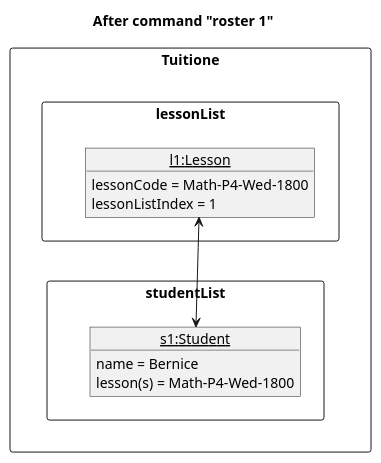
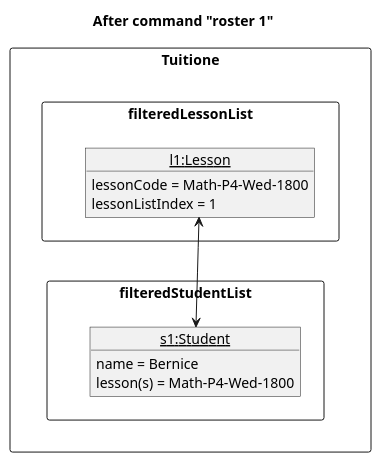
One commit to nus-cs2103-AY2122S1/tp changed the diagram in docs/diagrams/RosterState1.puml. Above: the diagram before and after it, drawn with PlantUML. The commit also changed 3 other files, not shown here.

Commit message:
Update FilterState1 and RosterState1 Diagram

```diff
--- a/docs/diagrams/RosterState1.puml
+++ b/docs/diagrams/RosterState1.puml
@@ -1,27 +1,27 @@
 @startuml
 'https://plantuml.com/object-diagram
 
 title After command "roster 1"
 
 package Tuitione <<rectangle>> {
 
-    package lessonList <<rectangle>> {
+    package filteredLessonList <<rectangle>> {
         object "<u>l1:Lesson" as Lesson1 {
         lessonCode = Math-P4-Wed-1800
         lessonListIndex = 1
         }
     }
 
-    package studentList <<rectangle>> {
+    package filteredStudentList <<rectangle>> {
         object "<u>s1:Student" as Student1 {
         name = Bernice
         lesson(s) = Math-P4-Wed-1800
         }
     }
 }
 
-studentList -[hidden]up-> lessonList
+filteredStudentList -[hidden]up-> filteredLessonList
 
 Lesson1 <--> Student1
 
 @end
```
